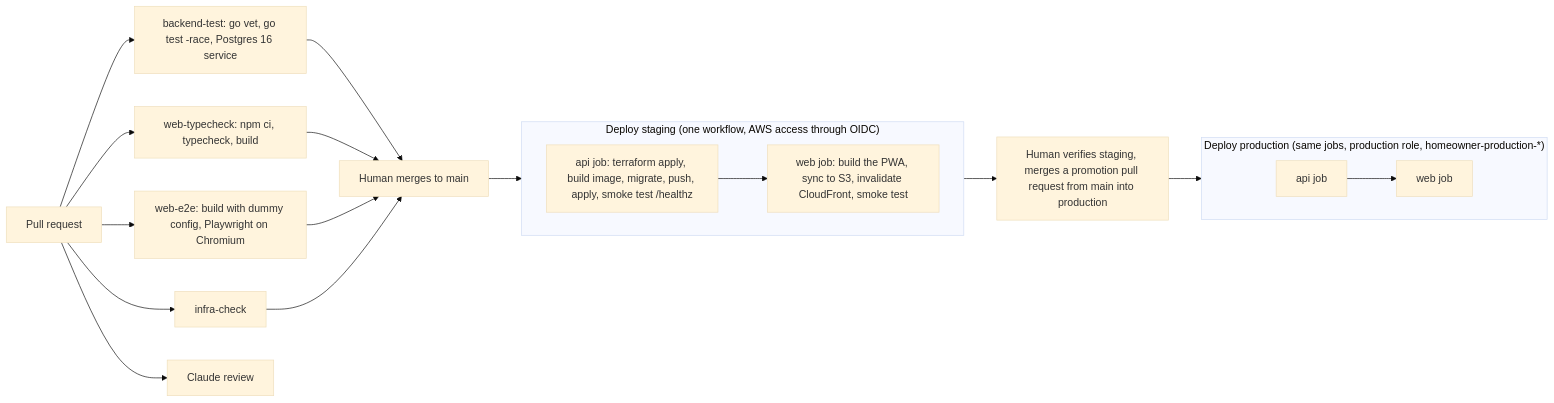
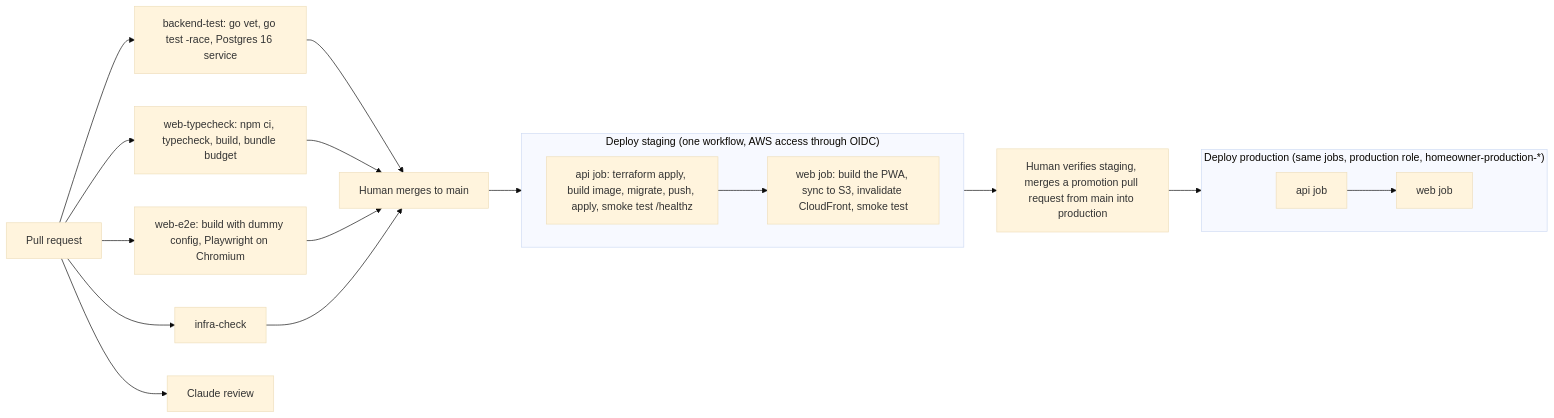
One commit to AbnerWillclefy/Homeowner changed the fourth of 4 diagrams in docs/architecture/infrastructure.md. Above: the diagram before and after it, drawn with Mermaid (base theme). The commit also changed other lines of this file and 6 other files, not shown here.

Commit message:
feat(web): fail the build when the first-load bundle grows over budget

````diff
--- a/docs/architecture/infrastructure.md
+++ b/docs/architecture/infrastructure.md
@@ -110,25 +110,25 @@
 ```mermaid
 flowchart LR
     PR["Pull request"] --> BT["backend-test: go vet, go test -race, Postgres 16 service"]
-    PR --> WT["web-typecheck: npm ci, typecheck, build"]
+    PR --> WT["web-typecheck: npm ci, typecheck, build, bundle budget"]
     PR --> E2E["web-e2e: build with dummy config, Playwright on Chromium"]
     PR --> IC["infra-check"]
     PR --> CR["Claude review"]
     BT --> M["Human merges to main"]
     WT --> M
     E2E --> M
     IC --> M
     M --> DS
     subgraph DS["Deploy staging (one workflow, AWS access through OIDC)"]
       direction LR
       api["api job: terraform apply, build image, migrate, push, apply, smoke test /healthz"]
       web["web job: build the PWA, sync to S3, invalidate CloudFront, smoke test"]
       api --> web
     end
     DS --> V["Human verifies staging, merges a promotion pull request from main into production"]
     V --> DP
     subgraph DP["Deploy production (same jobs, production role, homeowner-production-*)"]
       direction LR
       papi["api job"] --> pweb["web job"]
     end
 ```
````
